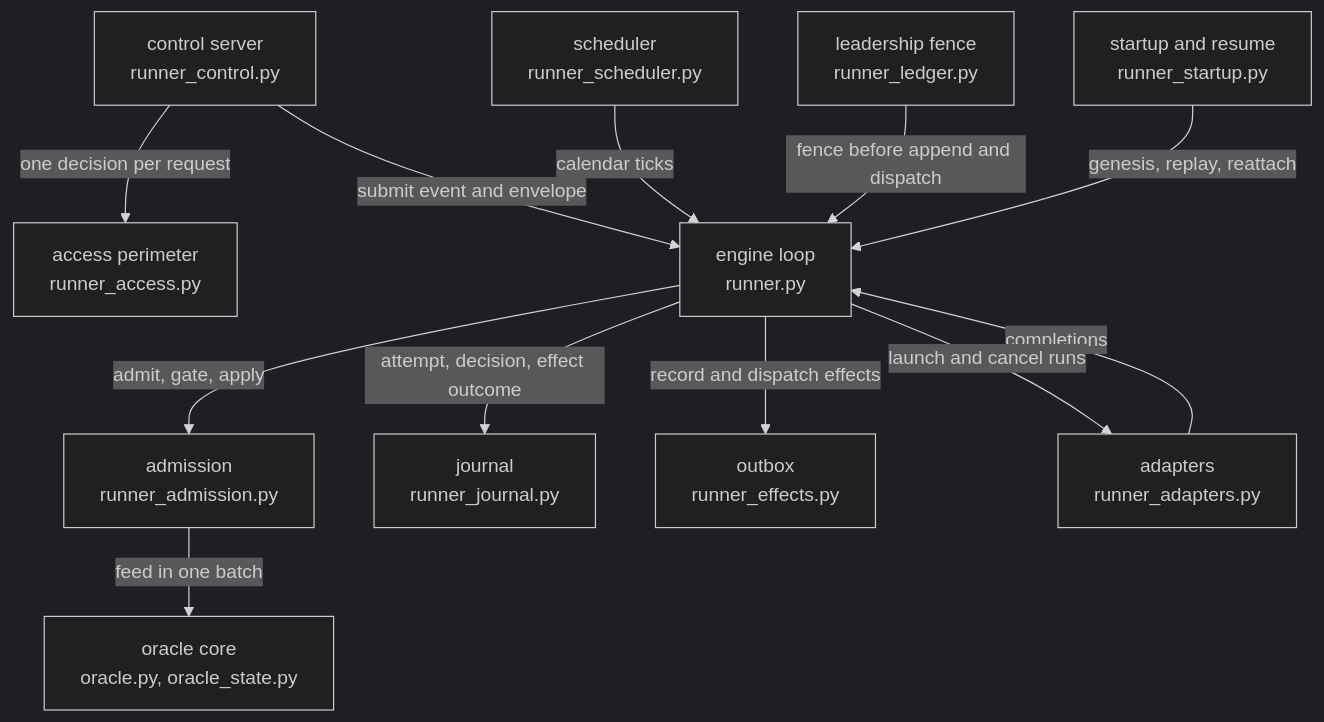
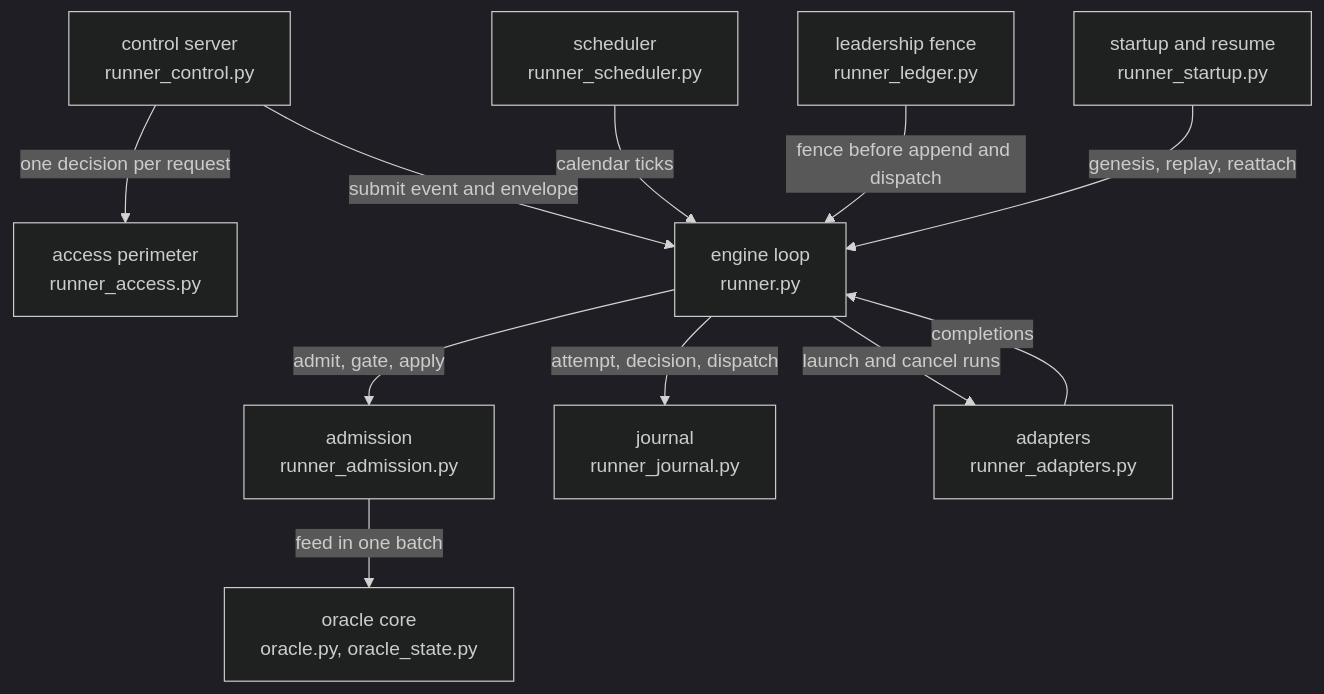
Before and after one commit to mrbald/dsl41: the third of 4 diagrams in docs/architecture.md, drawn with Mermaid (dark theme). The commit also changed other lines of this file and 99 other files, not shown here.

````diff
--- a/docs/architecture.md
+++ b/docs/architecture.md
@@ -153,25 +153,23 @@
 ```mermaid
 flowchart TB
   ctl["control server<br/>runner_control.py"]
   acc["access perimeter<br/>runner_access.py"]
   loop["engine loop<br/>runner.py"]
   sch["scheduler<br/>runner_scheduler.py"]
   adm["admission<br/>runner_admission.py"]
   orc["oracle core<br/>oracle.py, oracle_state.py"]
   jr["journal<br/>runner_journal.py"]
-  ob["outbox<br/>runner_effects.py"]
   ad["adapters<br/>runner_adapters.py"]
   led["leadership fence<br/>runner_ledger.py"]
   st["startup and resume<br/>runner_startup.py"]
   ctl -->|"one decision per request"| acc
   ctl -->|"submit event and envelope"| loop
   sch -->|"calendar ticks"| loop
   ad -->|"completions"| loop
   loop -->|"admit, gate, apply"| adm
   adm -->|"feed in one batch"| orc
-  loop -->|"attempt, decision, effect outcome"| jr
-  loop -->|"record and dispatch effects"| ob
+  loop -->|"attempt, decision, dispatch"| jr
   loop -->|"launch and cancel runs"| ad
   led -->|"fence before append and dispatch"| loop
   st -->|"genesis, replay, reattach"| loop
 ```
````
